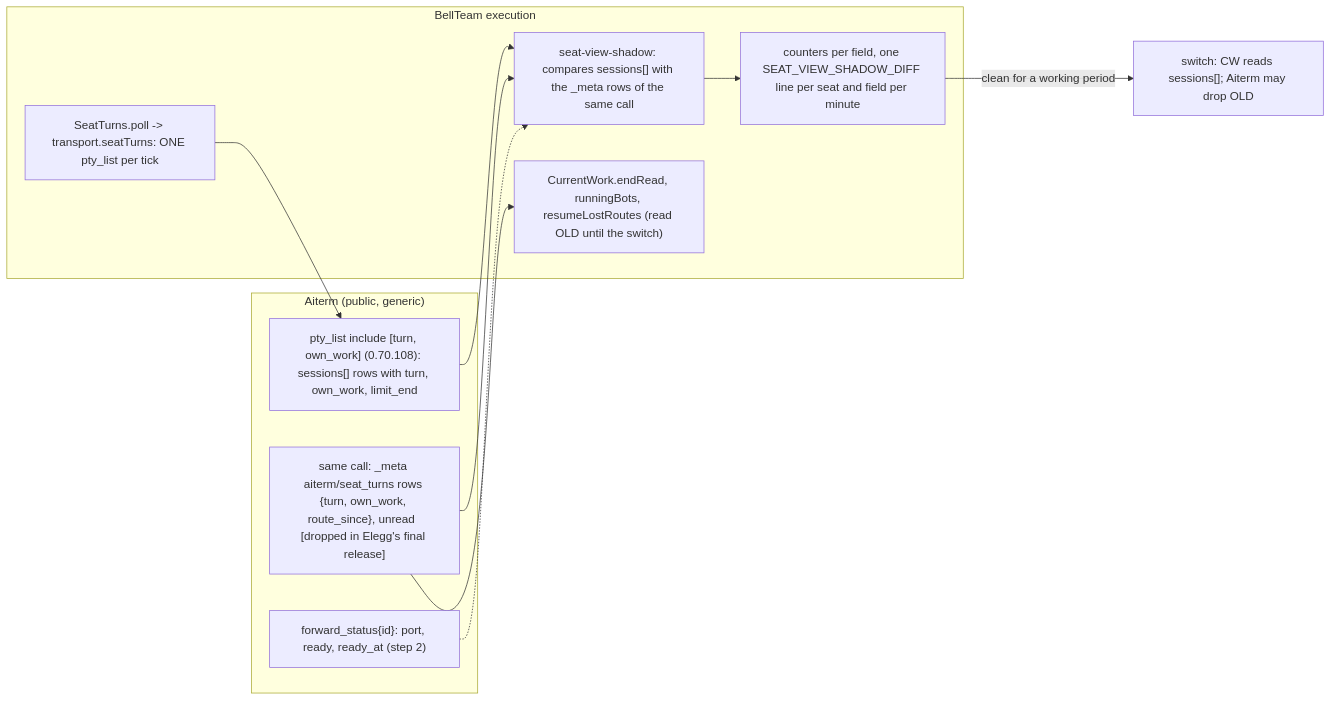
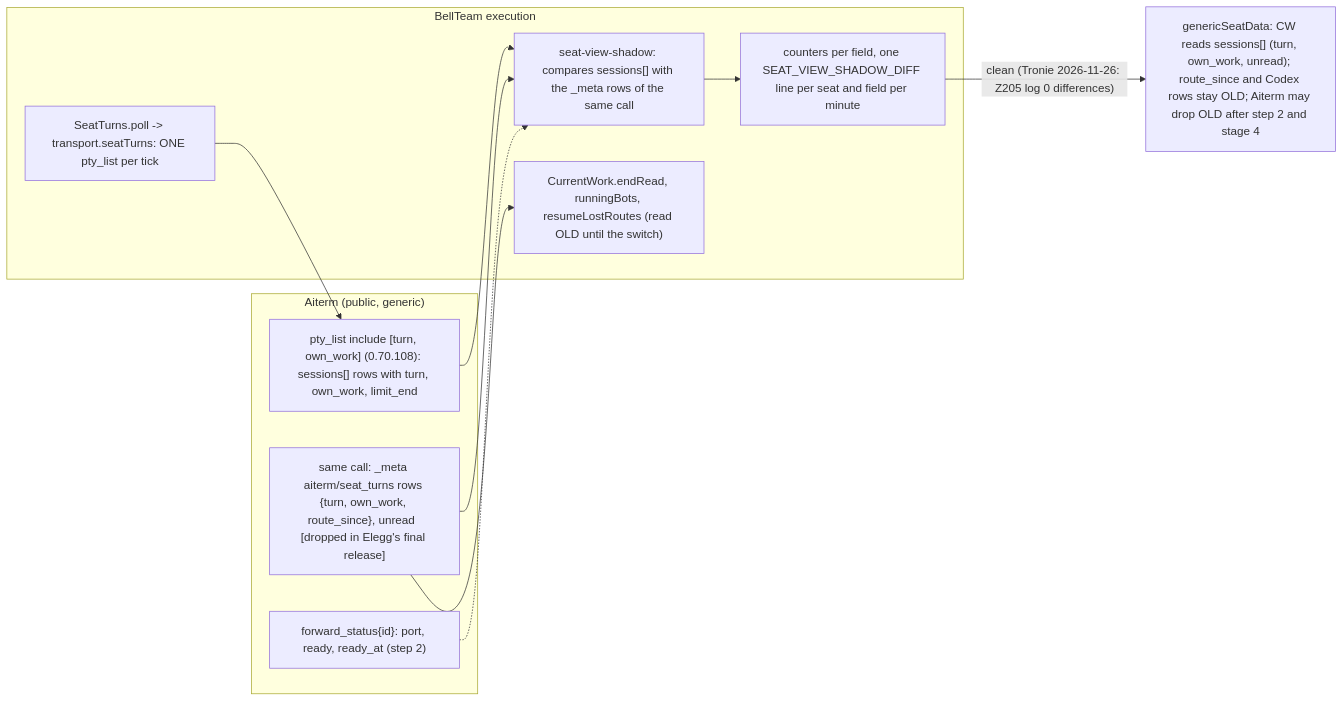
One commit to kitepon/BellTeam changed the diagram in docs/architecture/modules/execution/seat-view-shadow.md. Above: the diagram before and after it, drawn with Mermaid. The commit also changed other lines of this file and 3 other files, not shown here.

Commit message:
a532b2 stage 3: the seat view reads turn, own_work and unread from pty_list sessions[] (the switch after the clean shadow run)

````diff
--- a/docs/architecture/modules/execution/seat-view-shadow.md
+++ b/docs/architecture/modules/execution/seat-view-shadow.md
@@ -7,21 +7,21 @@
 ```mermaid
 flowchart LR
   subgraph AT["Aiterm (public, generic)"]
     PL["pty_list include [turn, own_work] (0.70.108): sessions[] rows with turn, own_work, limit_end"]
     OLD["same call: _meta aiterm/seat_turns rows {turn, own_work, route_since}, unread  [dropped in Elegg's final release]"]
     FS["forward_status{id}: port, ready, ready_at (step 2)"]
   end
   subgraph BT["BellTeam execution"]
     POLL["SeatTurns.poll -> transport.seatTurns: ONE pty_list per tick"]
     SHADOW["seat-view-shadow: compares sessions[] with the _meta rows of the same call"]
     CMP["counters per field, one SEAT_VIEW_SHADOW_DIFF line per seat and field per minute"]
     CW["CurrentWork.endRead, runningBots, resumeLostRoutes (read OLD until the switch)"]
   end
   POLL --> PL
   PL --> SHADOW
   OLD --> CW
   OLD --> SHADOW
   FS -.-> SHADOW
   SHADOW --> CMP
-  CMP -->|"clean for a working period"| SWITCH["switch: CW reads sessions[]; Aiterm may drop OLD"]
+  CMP -->|"clean (Tronie 2026-11-26: Z205 log 0 differences)"| SWITCH["genericSeatData: CW reads sessions[] (turn, own_work, unread); route_since and Codex rows stay OLD; Aiterm may drop OLD after step 2 and stage 4"]
 ```
````
